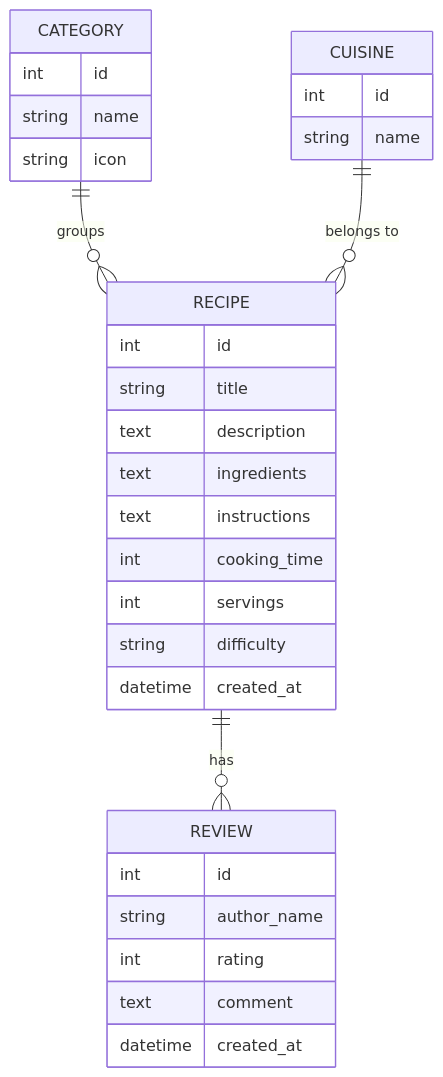
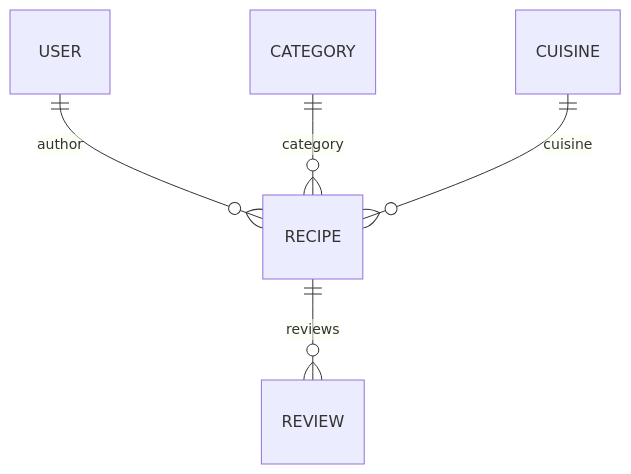
The diagram in README.md (Shyngysxan/recipebook), drawn with Mermaid before and after one commit. The commit also changed other lines of this file and 32 other files, not shown here.

````diff
--- a/README.md
+++ b/README.md
@@ -10,34 +86,7 @@
 ```mermaid
 erDiagram
-    CATEGORY ||--o{ RECIPE : groups
-    CUISINE ||--o{ RECIPE : "belongs to"
-    RECIPE ||--o{ REVIEW : has
-
-    CATEGORY {
-        int id
-        string name
-        string icon
-    }
-    CUISINE {
-        int id
-        string name
-    }
-    RECIPE {
-        int id
-        string title
-        text description
-        text ingredients
-        text instructions
-        int cooking_time
-        int servings
-        string difficulty
-        datetime created_at
-    }
-    REVIEW {
-        int id
-        string author_name
-        int rating
-        text comment
-        datetime created_at
-    }
+    USER ||--o{ RECIPE : "author"
+    CATEGORY ||--o{ RECIPE : "category"
+    CUISINE ||--o{ RECIPE : "cuisine"
+    RECIPE ||--o{ REVIEW : "reviews"
 ```
````
